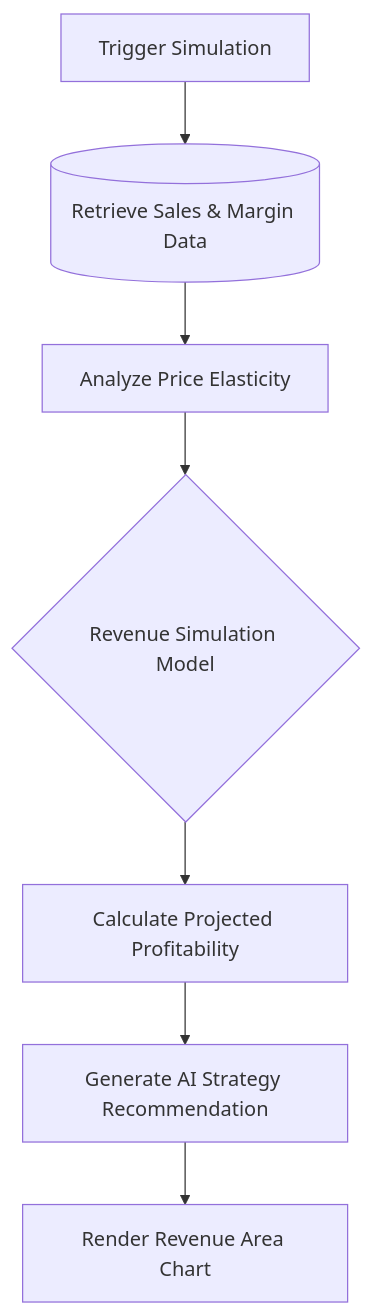
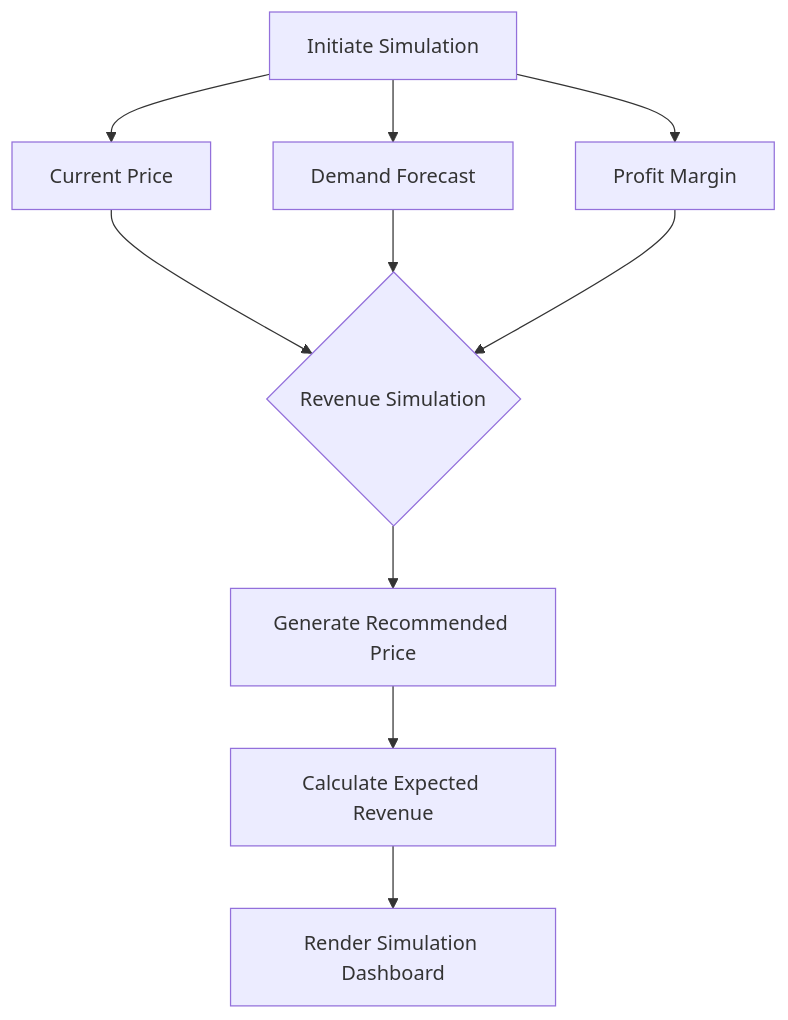
The seventh of 10 diagrams in docs/04_Workflow_Planning.md (KMohammedsadiq/Dynamic-Pricing-Optimization-and-Revenue-Intelligence-Platform-K_Mohammad_Sadik), drawn with Mermaid before and after one commit. The commit also changed other lines of this file, not shown here.

````diff
--- a/docs/04_Workflow_Planning.md
+++ b/docs/04_Workflow_Planning.md
@@ -139,9 +177,10 @@
 ```mermaid
 flowchart TD
-    A[Trigger Simulation] --> B[(Retrieve Sales & Margin Data)]
-    B --> C[Analyze Price Elasticity]
-    C --> D{Revenue Simulation Model}
-    D --> E[Calculate Projected Profitability]
-    E --> F[Generate AI Strategy Recommendation]
-    F --> G[Render Revenue Area Chart]
+    A[Initiate Simulation] --> B[Current Price]
+    A --> C[Demand Forecast]
+    A --> D[Profit Margin]
+    B & C & D --> E{Revenue Simulation}
+    E --> F[Generate Recommended Price]
+    F --> G[Calculate Expected Revenue]
+    G --> H[Render Simulation Dashboard]
 ```
````
